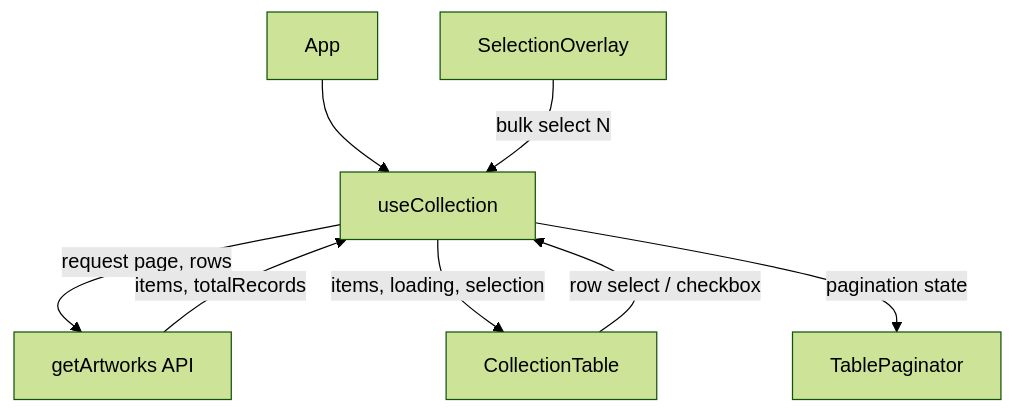
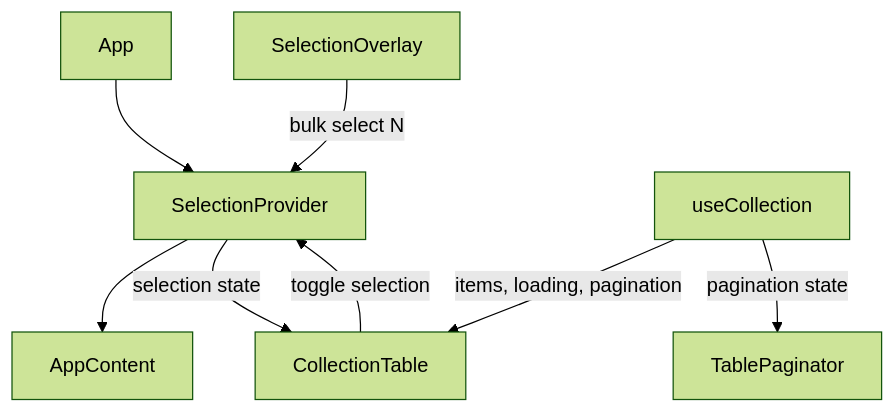
The diagram in README.md (CaptainSkyFish/data-table-assignment), drawn with Mermaid (forest theme) before and after one commit. The commit also changed other lines of this file and 8 other files, not shown here.

````diff
--- a/README.md
+++ b/README.md
@@ -66,13 +54,12 @@
 ```mermaid
 flowchart TD
-    App --> useCollection
+    App --> SelectionProvider
+    SelectionProvider --> AppContent
 
-    useCollection -->|request page, rows| API[getArtworks API]
-    API -->|items, totalRecords| useCollection
-
-    useCollection -->|items, loading, selection| CollectionTable
+    SelectionProvider -->|selection state| CollectionTable
+    useCollection -->|items, loading, pagination| CollectionTable
     useCollection -->|pagination state| TablePaginator
 
-    CollectionTable -->|row select / checkbox| useCollection
-    SelectionOverlay -->|bulk select N| useCollection
+    CollectionTable -->|toggle selection| SelectionProvider
+    SelectionOverlay -->|bulk select N| SelectionProvider
 ```
````
